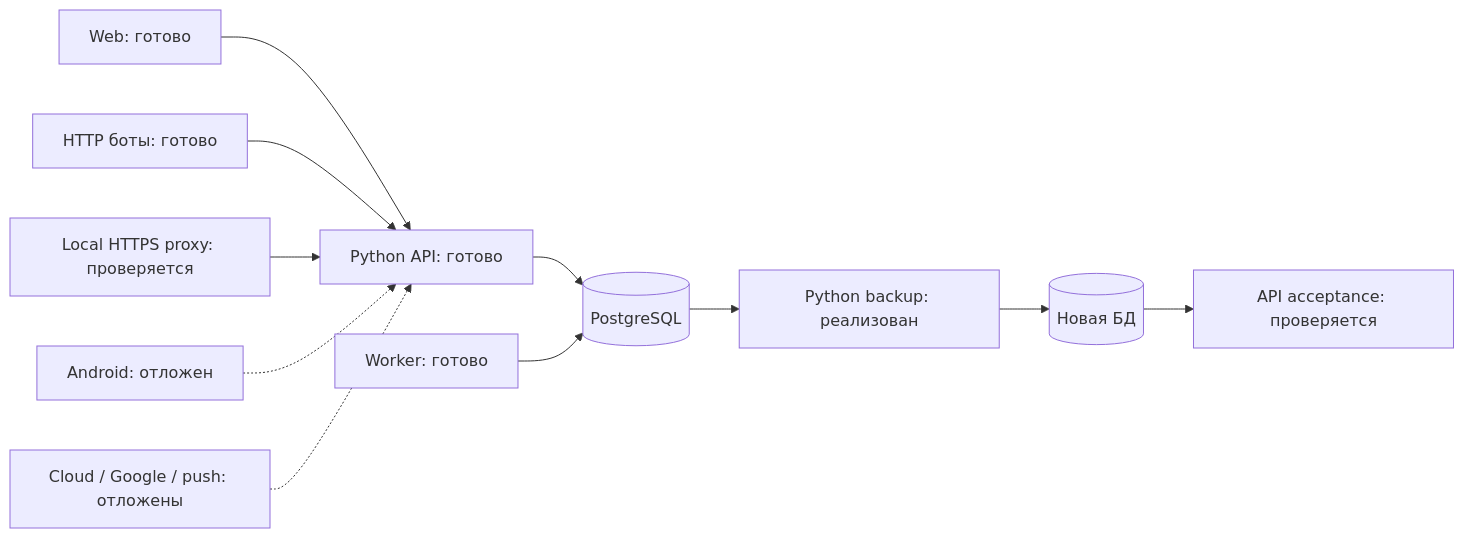
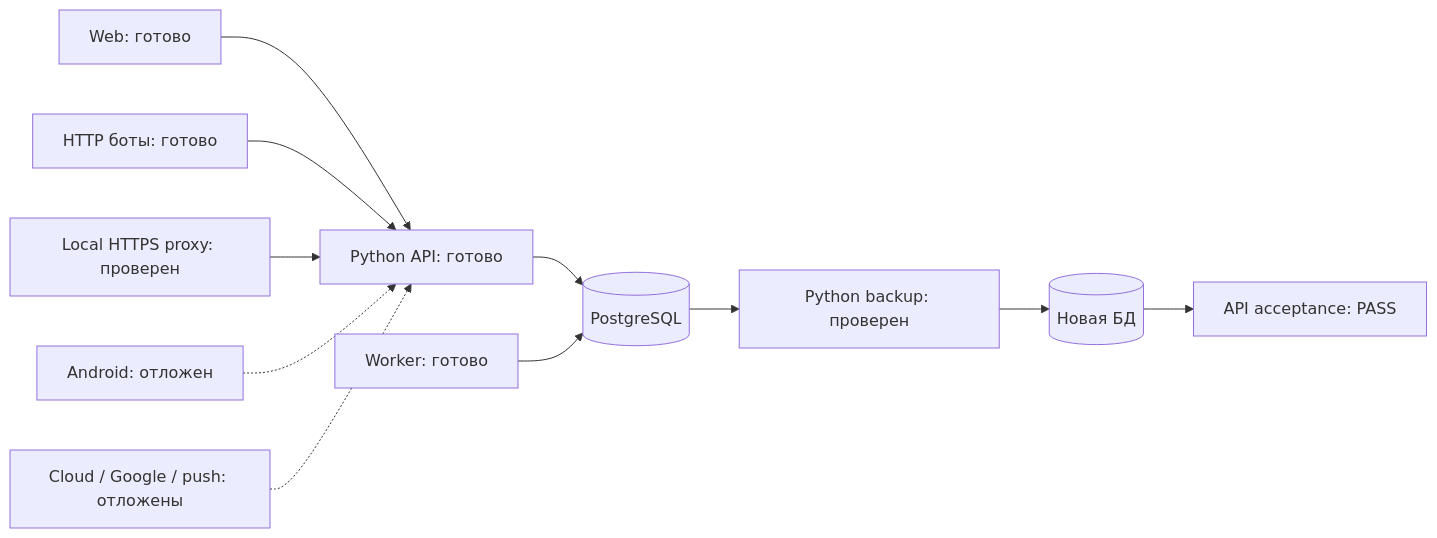
Before and after one commit to Villentretermert/ProjectMarket: the diagram in docs/task-results/PM-021.md, drawn with Mermaid. The commit also changed other lines of this file and 20 other files, not shown here.

Commit message:
docs(PM-021): record local Docker recovery acceptance and next checkpoint

````diff
--- a/docs/task-results/PM-021.md
+++ b/docs/task-results/PM-021.md
@@ -15,13 +18,13 @@
 ```mermaid
 flowchart LR
   Web[Web: готово] --> API[Python API: готово]
   Bots[HTTP боты: готово] --> API
-  TLS[Local HTTPS proxy: проверяется] --> API
+  TLS[Local HTTPS proxy: проверен] --> API
   API --> DB[(PostgreSQL)]
   Worker[Worker: готово] --> DB
-  DB --> Backup[Python backup: реализован]
+  DB --> Backup[Python backup: проверен]
   Backup --> Restore[(Новая БД)]
-  Restore --> QA[API acceptance: проверяется]
+  Restore --> QA[API acceptance: PASS]
   Phone[Android: отложен] -.-> API
   Cloud[Cloud / Google / push: отложены] -.-> API
 ```
````
